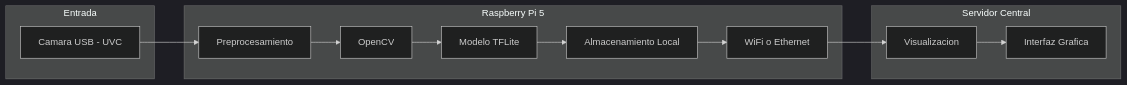
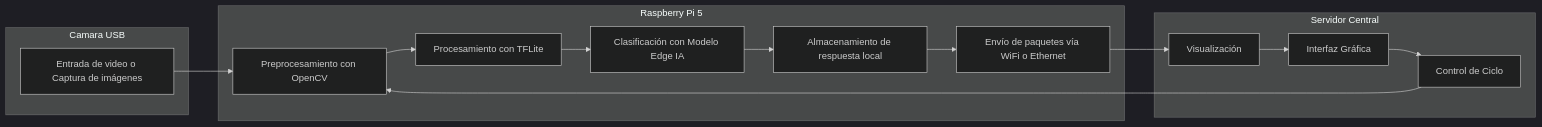
The diagram in docs/arquitectura.md (lestorres/Reconocimiento_clasificacion_de_expresiones), drawn with Mermaid (dark theme) before and after one commit. The commit also changed other lines of this file, not shown here.

````diff
--- a/docs/arquitectura.md
+++ b/docs/arquitectura.md
@@ -52,29 +52,32 @@
 ```mermaid
 flowchart LR
-    subgraph Entrada
-        A[Camara USB - UVC]
+
+    subgraph Camara USB
+        A[Entrada de video o Captura de imágenes]
     end
 
-    subgraph  Raspberry Pi 5
-        B[Preprocesamiento]
-        C[OpenCV]
-        D[Modelo TFLite]
-        E[Almacenamiento Local]
-        F[WiFi o Ethernet]
+    subgraph Raspberry Pi 5
+        B[Preprocesamiento con OpenCV]
+        C[Procesamiento con TFLite]
+        D[Clasificación con Modelo Edge IA]
+        E[Almacenamiento de respuesta local]
+        F[Envío de paquetes vía WiFi o Ethernet]
     end
 
     subgraph Servidor Central
-        G[Visualizacion]
-        H[Interfaz Grafica]
+        G[Visualización]
+        H[Interfaz Gráfica]
+        I[Control de Ciclo]
     end
 
     A --> B
     B --> C
     C --> D
     D --> E
     E --> F
     F --> G
     G --> H
-
+    H --> I
+    I --> B
 
 ```
````
